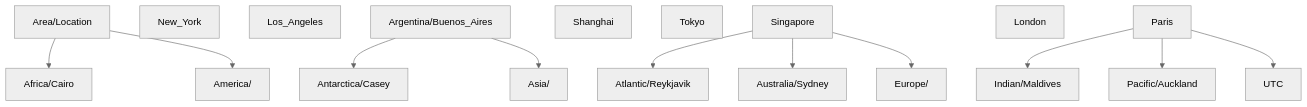
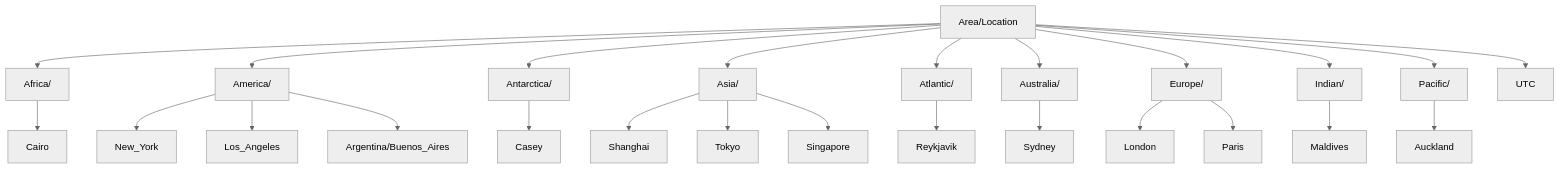
One commit to fanquanpp/FANDEX changed the diagram in cnt-content/full/007-javascript/063-TemporalJavaScriptAPI.md. Above: the diagram before and after it, drawn with Mermaid (neutral theme). The commit also changed other lines of this file and 20 other files, not shown here.

````diff
--- a/cnt-content/full/007-javascript/063-TemporalJavaScriptAPI.md
+++ b/cnt-content/full/007-javascript/063-TemporalJavaScriptAPI.md
@@ -1719,32 +1732,13 @@
 ```mermaid
 flowchart TD
-    T0["Area/Location"]
-    T1["Africa/Cairo"]
-    T2["America/"]
-    T3["New_York"]
-    T4["Los_Angeles"]
-    T5["Argentina/Buenos_Aires"]
-    T6["Antarctica/Casey"]
-    T7["Asia/"]
-    T8["Shanghai"]
-    T9["Tokyo"]
-    T10["Singapore"]
-    T11["Atlantic/Reykjavik"]
-    T12["Australia/Sydney"]
-    T13["Europe/"]
-    T14["London"]
-    T15["Paris"]
-    T16["Indian/Maldives"]
-    T17["Pacific/Auckland"]
-    T18["UTC"]
-    T0 --> T1
-    T0 --> T2
-    T5 --> T6
-    T5 --> T7
-    T10 --> T11
-    T10 --> T12
-    T10 --> T13
-    T15 --> T16
-    T15 --> T17
-    T15 --> T18
+    T0["Area/Location"] --> A["Africa/"] & B["America/"] & C["Antarctica/"] & D["Asia/"] & E["Atlantic/"] & F["Australia/"] & G["Europe/"] & H["Indian/"] & I["Pacific/"] & J["UTC"]
+    A --> A1["Cairo"]
+    B --> B1["New_York"] & B2["Los_Angeles"] & B3["Argentina/Buenos_Aires"]
+    D --> D1["Shanghai"] & D2["Tokyo"] & D3["Singapore"]
+    E --> E1["Reykjavik"]
+    F --> F1["Sydney"]
+    G --> G1["London"] & G2["Paris"]
+    H --> H1["Maldives"]
+    I --> I1["Auckland"]
+    C --> C1["Casey"]
 ```
````
